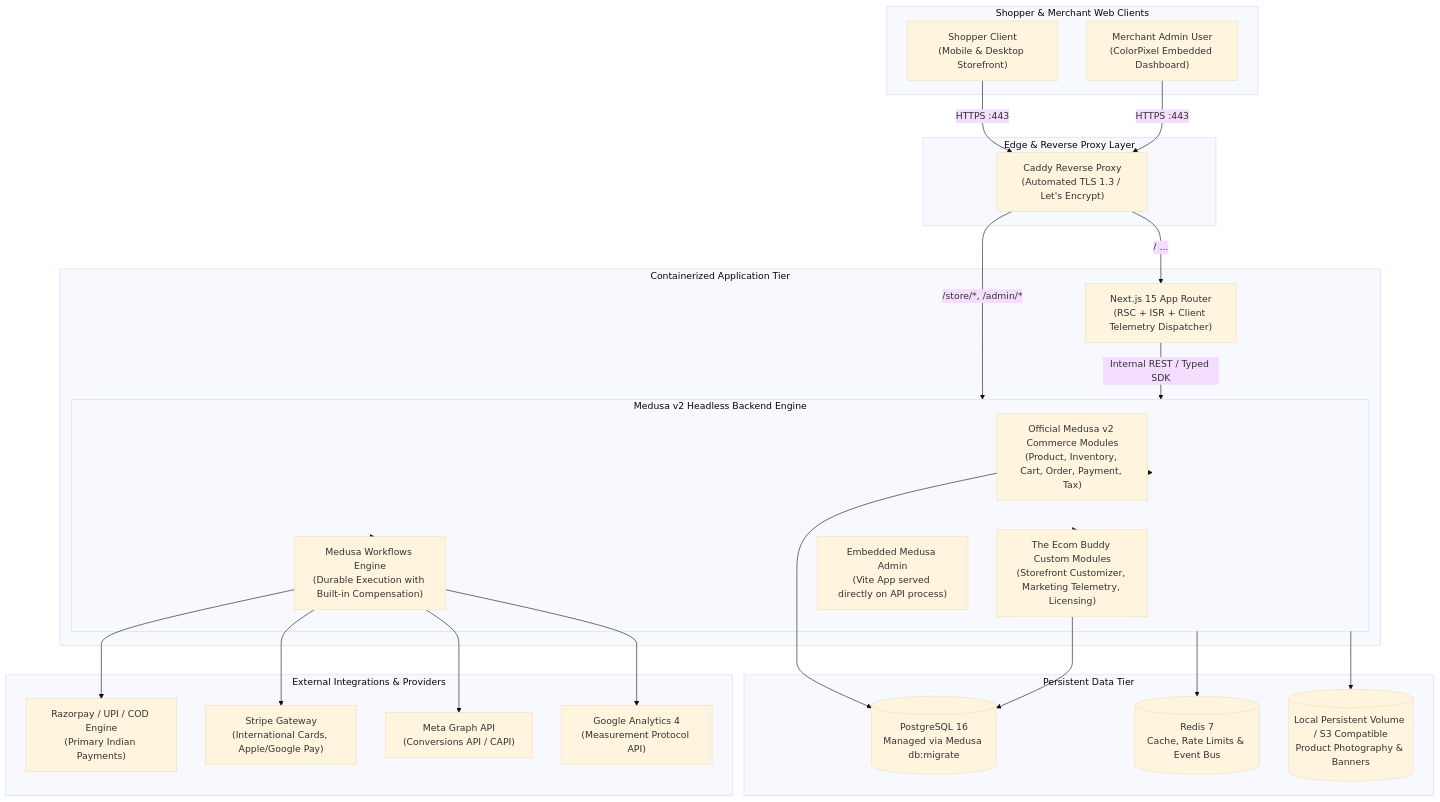
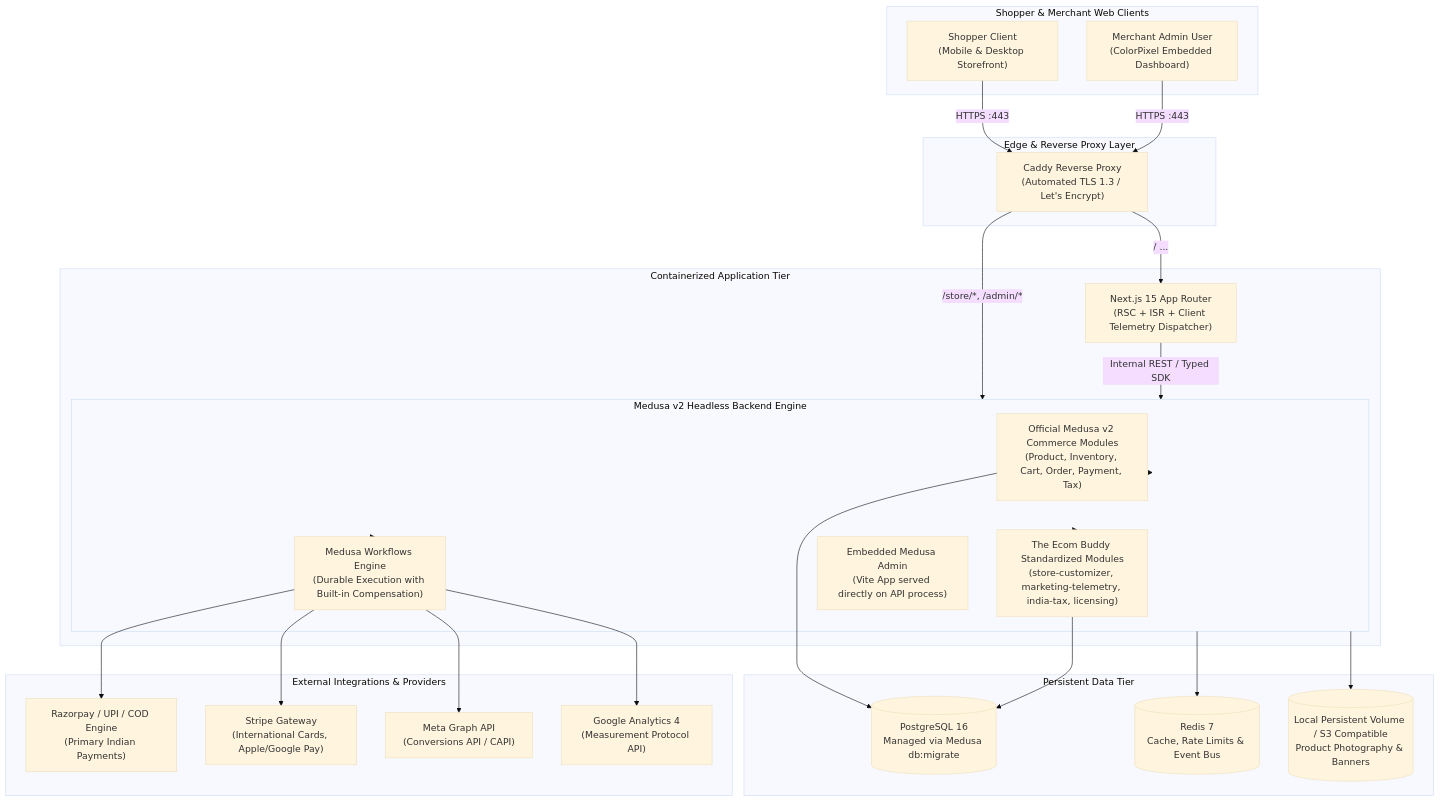
The diagram in docs/SYSTEM_ARCHITECTURE.md (Ajuworks96/theecombuddy), drawn with Mermaid (base theme) before and after one commit. The commit also changed other lines of this file and 6 other files, not shown here.

````diff
--- a/docs/SYSTEM_ARCHITECTURE.md
+++ b/docs/SYSTEM_ARCHITECTURE.md
@@ -20,56 +20,56 @@
 ```mermaid
 flowchart TB
     subgraph Client_Browser ["Shopper & Merchant Web Clients"]
         ShopperBrowser["Shopper Client\n(Mobile & Desktop Storefront)"]
         AdminBrowser["Merchant Admin User\n(ColorPixel Embedded Dashboard)"]
     end
 
     subgraph Edge_Network ["Edge & Reverse Proxy Layer"]
         Caddy["Caddy Reverse Proxy\n(Automated TLS 1.3 / Let's Encrypt)"]
     end
 
     subgraph Application_Tier ["Containerized Application Tier"]
         Storefront["Next.js 15 App Router\n(RSC + ISR + Client Telemetry Dispatcher)"]
         
         subgraph Medusa_v2_Backend ["Medusa v2 Headless Backend Engine"]
             CoreModules["Official Medusa v2 Commerce Modules\n(Product, Inventory, Cart, Order, Payment, Tax)"]
-            CustomModules["The Ecom Buddy Custom Modules\n(Storefront Customizer, Marketing Telemetry, Licensing)"]
+            CustomModules["The Ecom Buddy Standardized Modules\n(store-customizer, marketing-telemetry, india-tax, licensing)"]
             Workflows["Medusa Workflows Engine\n(Durable Execution with Built-in Compensation)"]
             EmbeddedAdmin["Embedded Medusa Admin\n(Vite App served directly on API process)"]
         end
     end
 
     subgraph Data_Tier ["Persistent Data Tier"]
         Postgres[(PostgreSQL 16\nManaged via Medusa db:migrate)]
         Redis[(Redis 7\nCache, Rate Limits & Event Bus)]
         MediaStorage[(Local Persistent Volume / S3 Compatible\nProduct Photography & Banners)]
     end
 
     subgraph External_Gateways ["External Integrations & Providers"]
         RazorpayGateway["Razorpay / UPI / COD Engine\n(Primary Indian Payments)"]
         StripeGateway["Stripe Gateway\n(International Cards, Apple/Google Pay)"]
         MetaGraph["Meta Graph API\n(Conversions API / CAPI)"]
         GoogleMP["Google Analytics 4\n(Measurement Protocol API)"]
     end
 
     ShopperBrowser -->|HTTPS :443| Caddy
     AdminBrowser -->|HTTPS :443| Caddy
 
     Caddy -->|/ ...| Storefront
     Caddy -->|/store/*, /admin/*| Medusa_v2_Backend
 
     Storefront -->|Internal REST / Typed SDK| Medusa_v2_Backend
     Medusa_v2_Backend --> CoreModules
     Medusa_v2_Backend --> CustomModules
     Medusa_v2_Backend --> Workflows
 
     CoreModules --> Postgres
     CustomModules --> Postgres
     Medusa_v2_Backend --> Redis
     Medusa_v2_Backend --> MediaStorage
 
     Workflows --> RazorpayGateway
     Workflows --> StripeGateway
     Workflows --> MetaGraph
     Workflows --> GoogleMP
 ```
````
